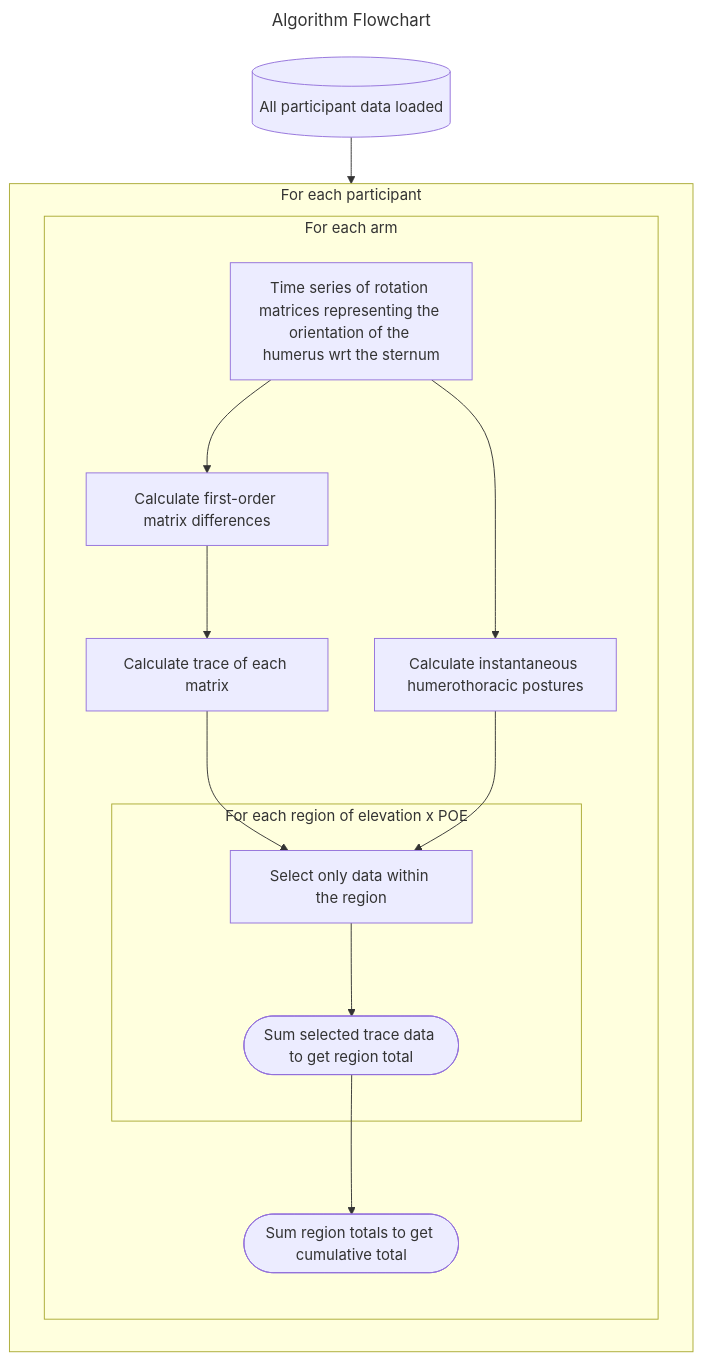
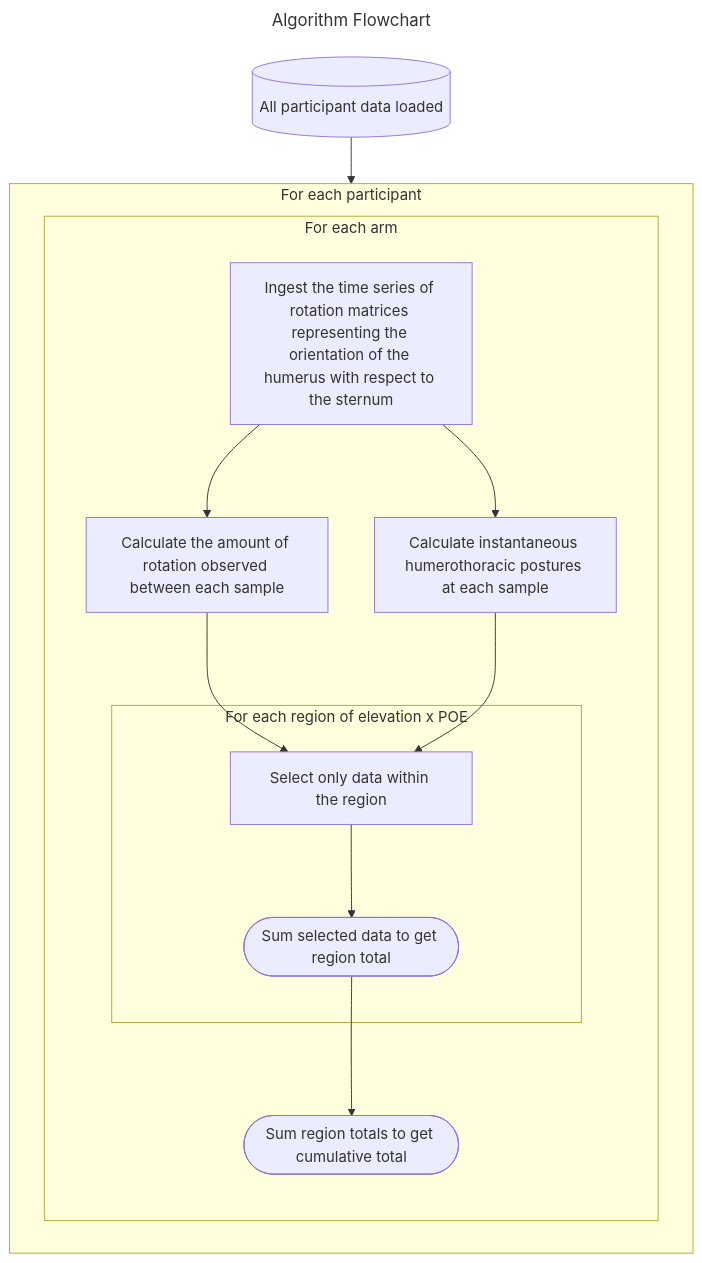
One commit to christopher-millward/rtsa-mocap-study changed the diagram in README.md. Above: the diagram before and after it, drawn with Mermaid.

Commit message:
- Updated flowchart.

````diff
--- a/README.md
+++ b/README.md
@@ -16,37 +16,35 @@
 ```mermaid
 ---
 title: Algorithm Flowchart
 ---
 flowchart TD
 
    start[(All participant data loaded)]
 
    subgraph participants[For each participant]
 
       subgraph arms[For each arm]
 
-         raw_data[Time series of rotation matrices representing the orientation of the humerus wrt the sternum]
+         raw_data[Ingest the time series of rotation matrices representing the orientation of the humerus with respect to the sternum]
 
-         diffs[Calculate first-order matrix differences]
-         traces[Calculate trace of each matrix]
+         traces[Calculate the amount of rotation observed between each sample]
 
-         postures[Calculate instantaneous humerothoracic postures]
+         postures[Calculate instantaneous humerothoracic postures at each sample]
 
          subgraph regions[For each region of elevation x POE]
             slice[Select only data within the region]
-            sum([Sum selected trace data to get region total])
+            sum([Sum selected data to get region total])
          end
 
          cum_sum([Sum region totals to get cumulative total])
       end
    end
 
    start --> participants
-   raw_data --> diffs & postures
-   diffs --> traces
+   raw_data --> traces & postures
    traces --> slice
    postures --> slice
    slice --> sum
 
    sum --> cum_sum
 ```
````
